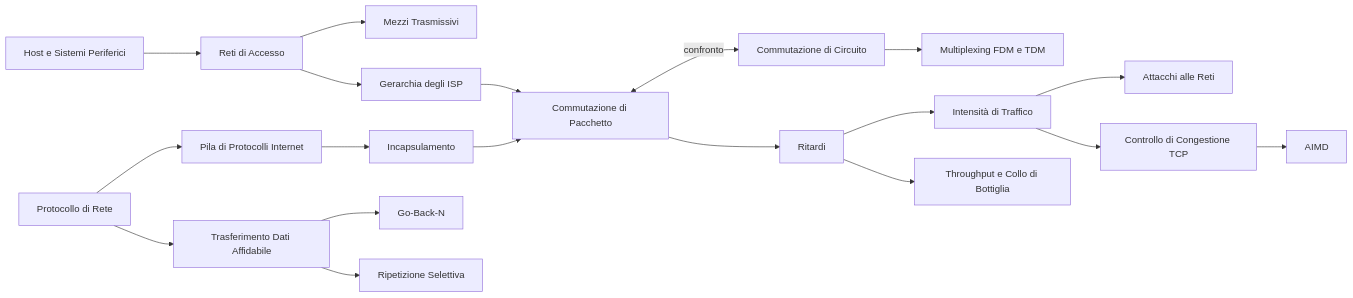
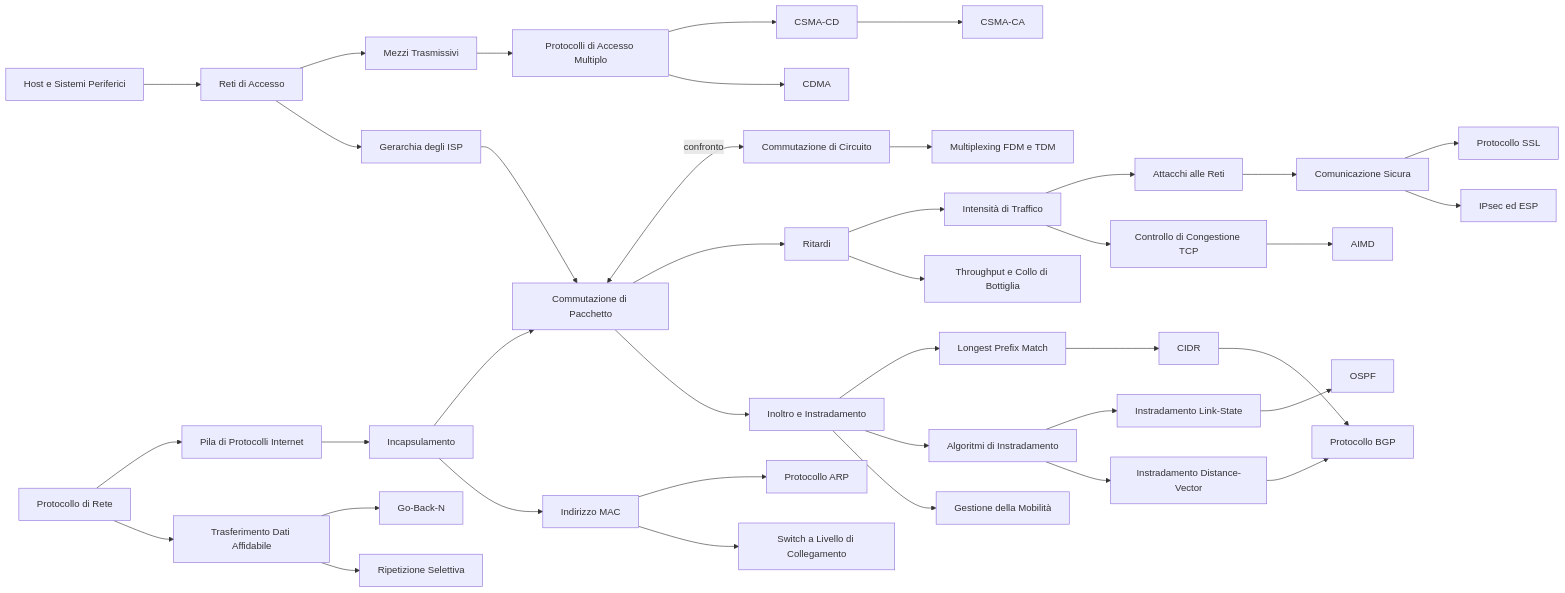
Before and after one commit to Armidon1/Obsidian-University: the diagram in University/Triennale/Telecomunicazioni/Concetti/MOC - Telecomunicazioni.md, drawn with Mermaid. The commit also changed other lines of this file and 233 other files, not shown here.

````diff
--- a/University/Triennale/Telecomunicazioni/Concetti/MOC - Telecomunicazioni.md
+++ b/University/Triennale/Telecomunicazioni/Concetti/MOC - Telecomunicazioni.md
@@ -97,21 +169,41 @@
 ```mermaid
 flowchart LR
     H[Host e Sistemi Periferici] --> A[Reti di Accesso]
     A --> M[Mezzi Trasmissivi]
     A --> ISP[Gerarchia degli ISP]
     ISP --> P[Commutazione di Pacchetto]
     P <-->|confronto| C[Commutazione di Circuito]
     C --> F[Multiplexing FDM e TDM]
     P --> R[Ritardi]
     R --> I[Intensità di Traffico]
     R --> T[Throughput e Collo di Bottiglia]
     PR[Protocollo di Rete] --> S[Pila di Protocolli Internet]
     S --> E[Incapsulamento]
     E --> P
     I --> AT[Attacchi alle Reti]
     PR --> TA[Trasferimento Dati Affidabile]
     TA --> GBN[Go-Back-N]
     TA --> SR[Ripetizione Selettiva]
     I --> CC[Controllo di Congestione TCP]
     CC --> AIMD[AIMD]
+    P --> IR[Inoltro e Instradamento]
+    IR --> LPM[Longest Prefix Match]
+    LPM --> CIDR[CIDR]
+    IR --> AI[Algoritmi di Instradamento]
+    AI --> LS[Instradamento Link-State]
+    AI --> DV[Instradamento Distance-Vector]
+    LS --> OSPF[OSPF]
+    DV --> BGP[Protocollo BGP]
+    CIDR --> BGP
+    E --> MAC[Indirizzo MAC]
+    MAC --> ARP[Protocollo ARP]
+    MAC --> SW[Switch a Livello di Collegamento]
+    M --> MA[Protocolli di Accesso Multiplo]
+    MA --> CSMA[CSMA-CD]
+    CSMA --> CA[CSMA-CA]
+    MA --> CDMA[CDMA]
+    IR --> MOB[Gestione della Mobilità]
+    AT --> CS[Comunicazione Sicura]
+    CS --> SSL[Protocollo SSL]
+    CS --> IPS[IPsec ed ESP]
 ```
````
